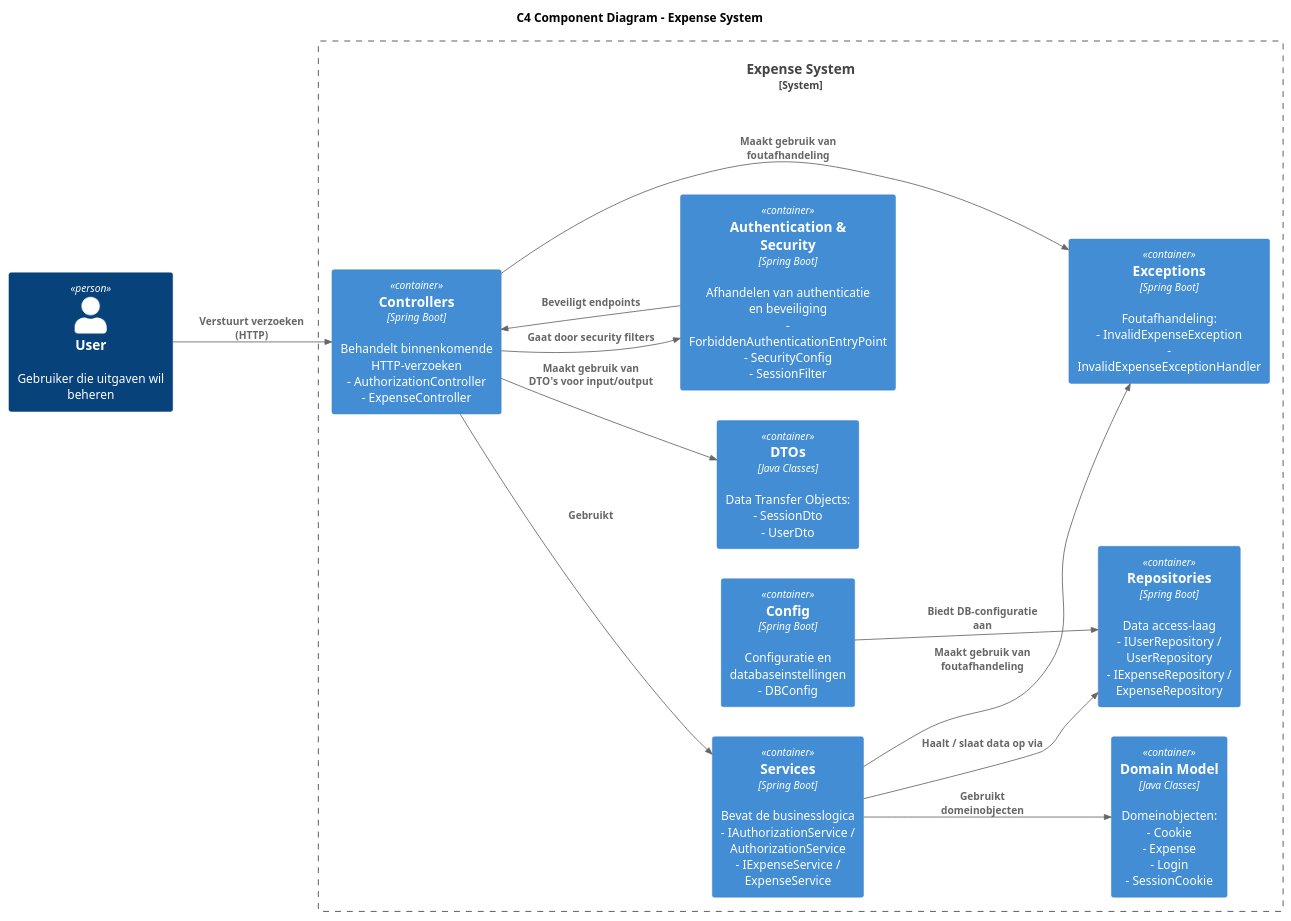
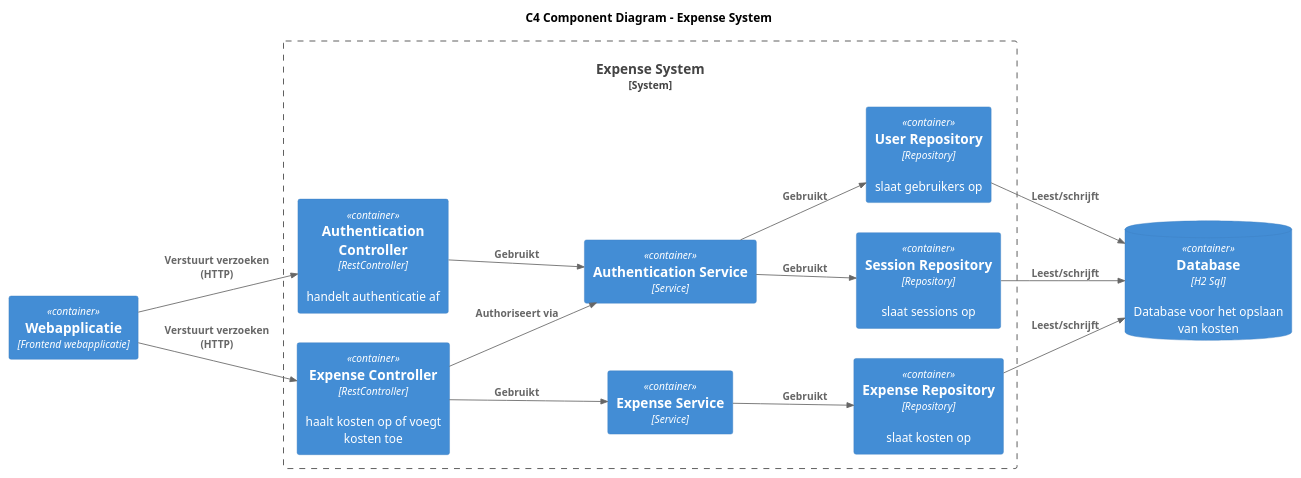
The diagram in opdracht-diagrammen/week2/les1/component-diagram.puml (AIM-ENE-feb25/triptop-groep-b3), drawn with PlantUML before and after one commit. The commit also changed 1 other file, not shown here.

Commit message:
frontend diagram toegevoegd

```diff
--- a/opdracht-diagrammen/week2/les1/component-diagram.puml
+++ b/opdracht-diagrammen/week2/les1/component-diagram.puml
@@ -1,36 +1,36 @@
 @startuml
 !include <C4/C4>
 !include <C4/C4_Context>
 !include <C4/C4_Container>
 
 LAYOUT_LEFT_RIGHT()
 
 title C4 Component Diagram - Expense System
-
-Person(user, "User", "Gebruiker die uitgaven wil beheren")
+Container(system, "Webapplicatie", "Frontend webapplicatie")
 
 System_Boundary(ExpenseSystem, "Expense System") {
 
-  Container(Controllers, "Controllers", "Spring Boot", "Behandelt binnenkomende HTTP-verzoeken\n- AuthorizationController\n- ExpenseController")
-  Container(Services, "Services", "Spring Boot", "Bevat de businesslogica\n- IAuthorizationService / AuthorizationService\n- IExpenseService / ExpenseService")
-  Container(Repositories, "Repositories", "Spring Boot", "Data access-laag\n- IUserRepository / UserRepository\n- IExpenseRepository / ExpenseRepository")
-  Container(Security, "Authentication & Security", "Spring Boot", "Afhandelen van authenticatie en beveiliging\n- ForbiddenAuthenticationEntryPoint\n- SecurityConfig\n- SessionFilter")
-  Container(Config, "Config", "Spring Boot", "Configuratie en databaseinstellingen\n- DBConfig")
-  Container(Domain, "Domain Model", "Java Classes", "Domeinobjecten:\n- Cookie\n- Expense\n- Login\n- SessionCookie")
-  Container(DTOs, "DTOs", "Java Classes", "Data Transfer Objects:\n- SessionDto\n- UserDto")
-  Container(Exceptions, "Exceptions", "Spring Boot", "Foutafhandeling:\n- InvalidExpenseException\n- InvalidExpenseExceptionHandler")
+  Container(authenticationC, "Authentication Controller", "RestController", "handelt authenticatie af")
+  Container(expenseC, "Expense Controller", "RestController", "haalt kosten op of voegt kosten toe")
+  Container(expenseS, "Expense Service", "Service", "")
+  Container(authenticationS, "Authentication Service", "Service", "")
+  Container(expenseR, "Expense Repository", "Repository", "slaat kosten op")
+  Container(userR, "User Repository", "Repository", "slaat gebruikers op")
+  Container(sessionR, "Session Repository", "Repository", "slaat sessions op")
 
 }
+  ContainerDb(database, "Database", "H2 Sql", "Database voor het opslaan van kosten")
 
-Rel(user, Controllers, "Verstuurt verzoeken (HTTP)")
-Rel(Controllers, Services, "Gebruikt")
-Rel(Services, Repositories, "Haalt / slaat data op via")
-Rel(Controllers, Security, "Gaat door security filters")
-Rel(Security, Controllers, "Beveiligt endpoints")
-Rel(Config, Repositories, "Biedt DB-configuratie aan")
-Rel(Services, Domain, "Gebruikt domeinobjecten")
-Rel(Controllers, DTOs, "Maakt gebruik van DTO's voor input/output")
-Rel(Controllers, Exceptions, "Maakt gebruik van foutafhandeling")
-Rel(Services, Exceptions, "Maakt gebruik van foutafhandeling")
+Rel(system, expenseC, "Verstuurt verzoeken (HTTP)")
+Rel(system, authenticationC, "Verstuurt verzoeken (HTTP)")
+Rel(authenticationC, authenticationS, "Gebruikt")
+Rel(expenseC, expenseS, "Gebruikt")
+Rel(expenseC, authenticationS, "Authoriseert via")
+Rel(expenseS, expenseR, "Gebruikt")
+Rel(authenticationS, userR, "Gebruikt")
+Rel(authenticationS, sessionR, "Gebruikt")
+Rel(userR, database, "Leest/schrijft")
+Rel(sessionR, database, "Leest/schrijft")
+Rel(expenseR, database, "Leest/schrijft")
 
 @enduml
```
